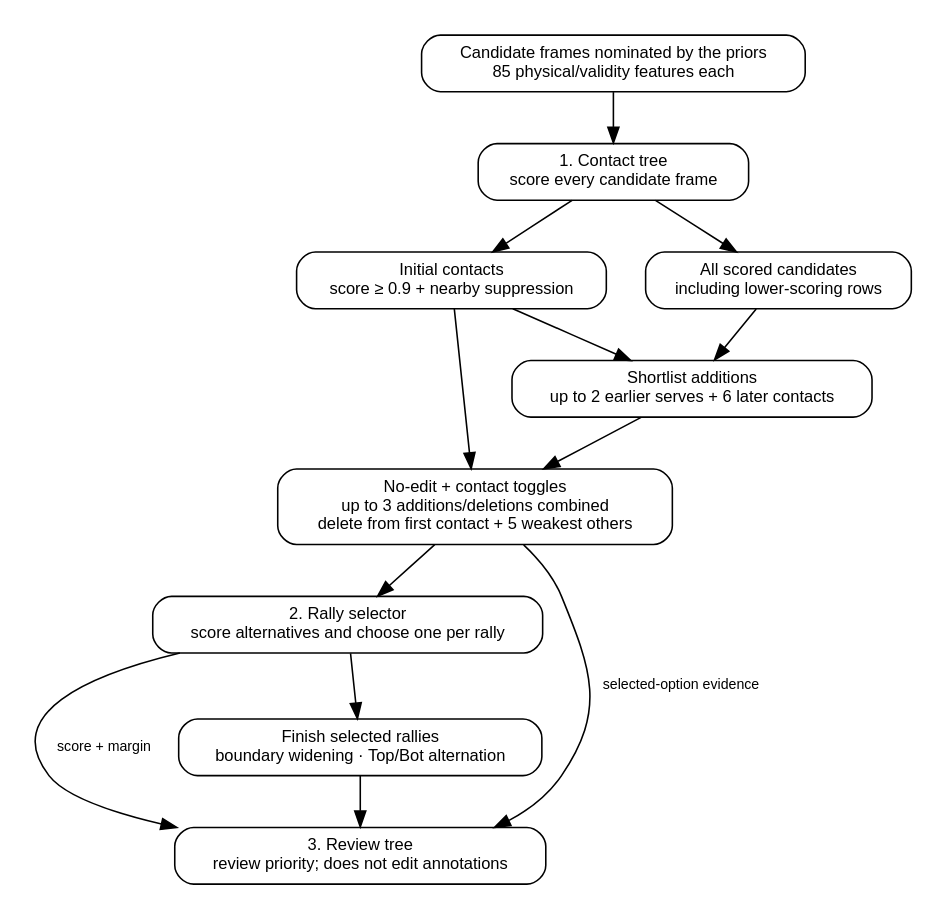
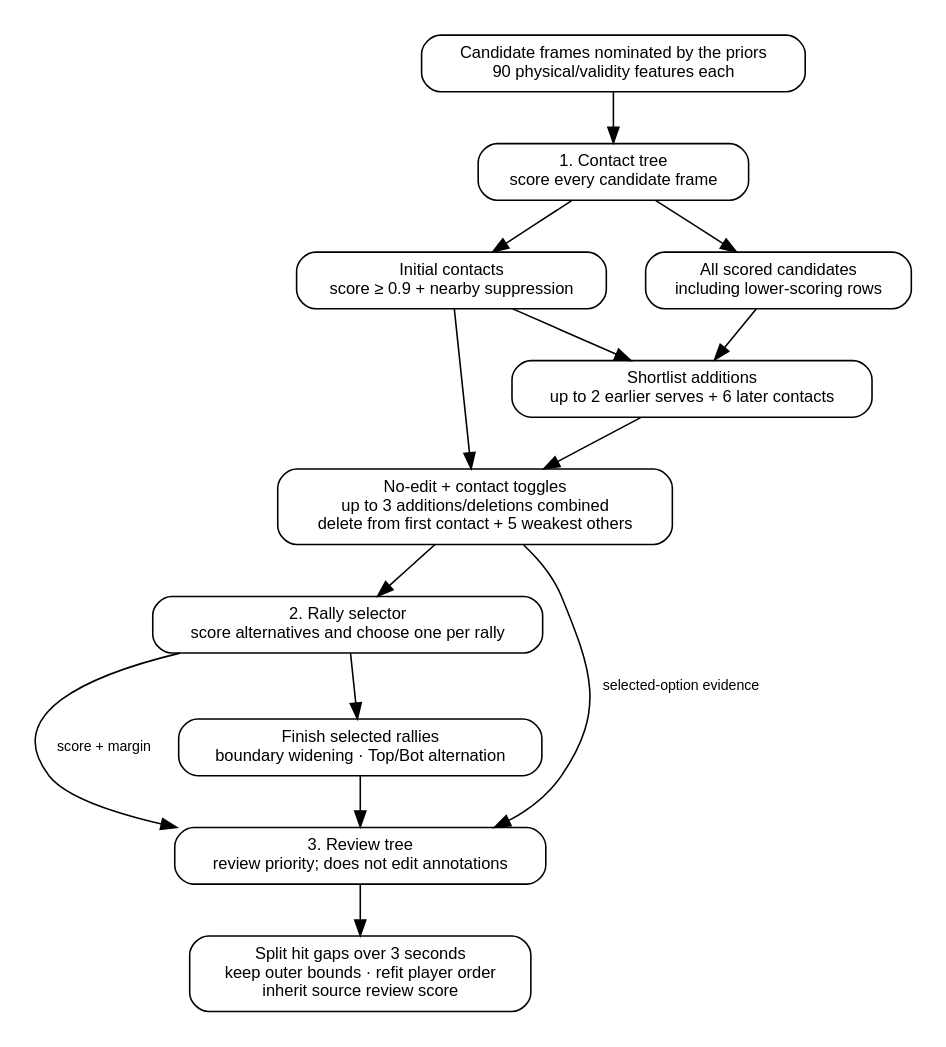
The diagram in docs/annotator/figures/tree_stack.dot (ahalp90/badminton_cv_annotator), drawn with Graphviz before and after one commit. The commit also changed 60 other files, not shown here.

First line of the commit message:
Use standing counts and long hit gaps to separate rallies

```diff
--- a/docs/annotator/figures/tree_stack.dot
+++ b/docs/annotator/figures/tree_stack.dot
@@ -1,27 +1,29 @@
 digraph tree_stack {
   rankdir=TB;
   graph [fontname="Helvetica", bgcolor="white", pad=0.2, nodesep=0.35, ranksep=0.45];
   node [shape=box, style="rounded,filled", fillcolor="white", color="black", fontcolor="black", fontname="Helvetica", fontsize=10.5, margin="0.12,0.08"];
   edge [color="black", fontcolor="black", fontname="Helvetica", fontsize=9];
 
-  candidates [label="Candidate frames nominated by the priors\n85 physical/validity features each"];
+  candidates [label="Candidate frames nominated by the priors\n90 physical/validity features each"];
   contact [label="1. Contact tree\nscore every candidate frame"];
   initial [label="Initial contacts\nscore ≥ 0.9 + nearby suppression"];
   pool [label="All scored candidates\nincluding lower-scoring rows"];
   shortlist [label="Shortlist additions\nup to 2 earlier serves + 6 later contacts"];
   options [label="No-edit + contact toggles\nup to 3 additions/deletions combined\ndelete from first contact + 5 weakest others"];
   selector [label="2. Rally selector\nscore alternatives and choose one per rally"];
   finish [label="Finish selected rallies\nboundary widening · Top/Bot alternation"];
   review [label="3. Review tree\nreview priority; does not edit annotations"];
 
+  split [label="Split hit gaps over 3 seconds\nkeep outer bounds · refit player order\ninherit source review score"];
+
   candidates -> contact;
   contact -> initial;
   contact -> pool;
   initial -> shortlist;
   pool -> shortlist;
   initial -> options;
   shortlist -> options;
-  options -> selector -> finish -> review;
+  options -> selector -> finish -> review -> split;
   options -> review [label="selected-option evidence"];
   selector -> review [label="score + margin"];
 }
```
